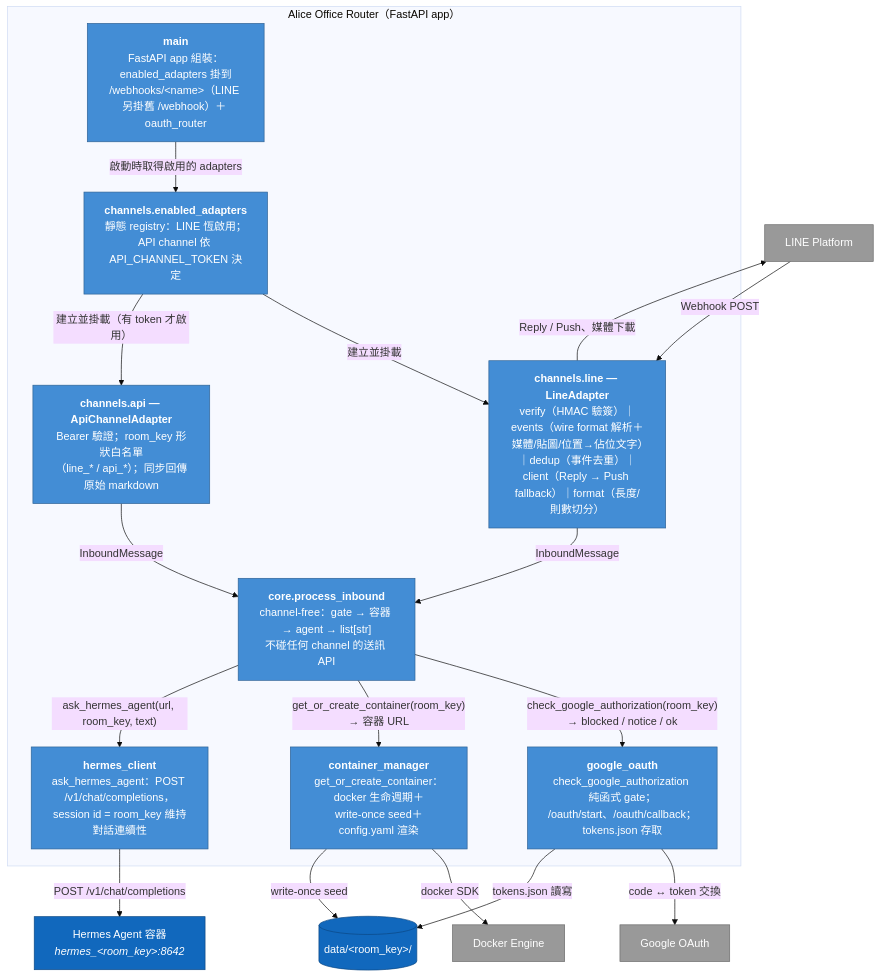
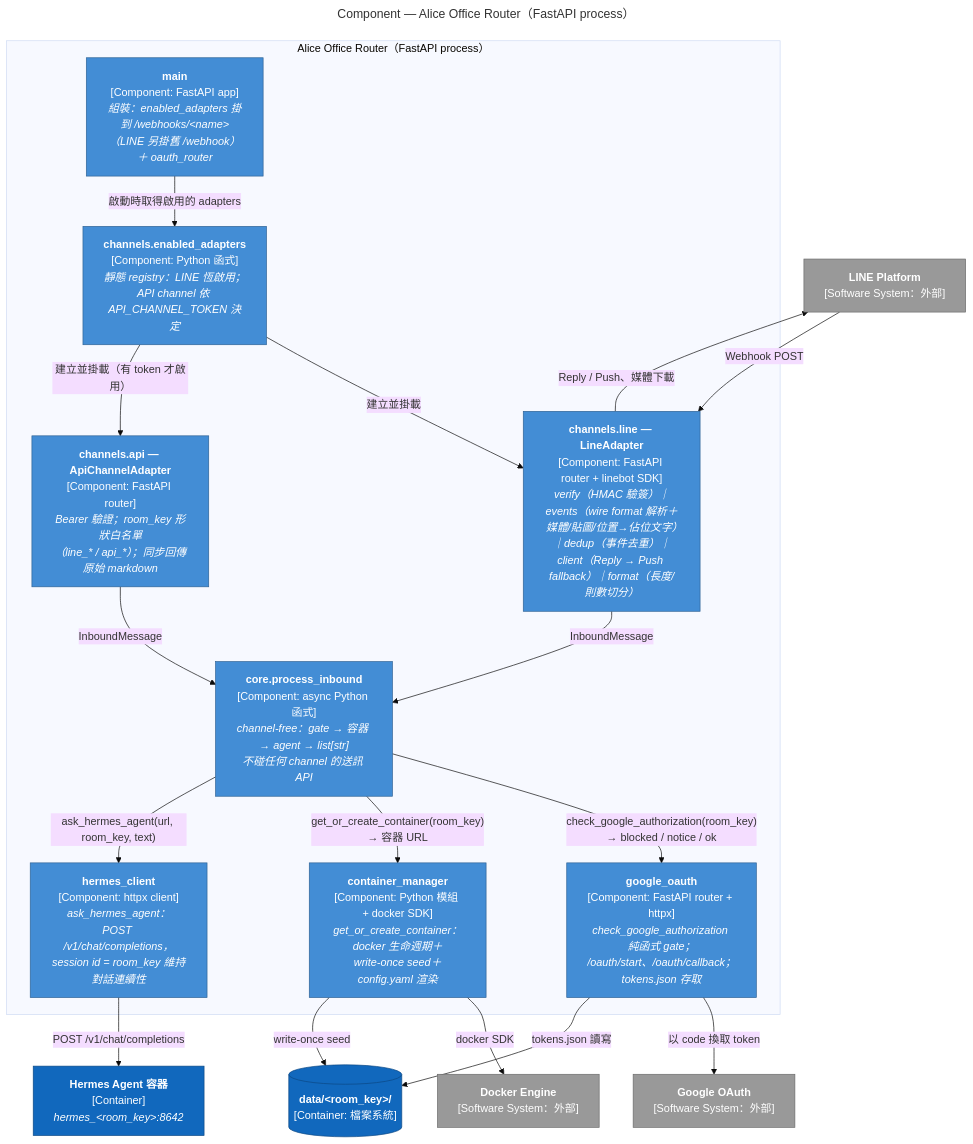
One commit to marychouchou/alice-office changed the third of 4 diagrams in docs/architecture-c4.md. Above: the diagram before and after it, drawn with Mermaid (base theme). The commit also changed other lines of this file, not shown here.

First line of the commit message:
docs: align C4 diagrams with official c4model.com definitions

````diff
--- a/docs/architecture-c4.md
+++ b/docs/architecture-c4.md
@@ -102,39 +124,42 @@
 ```mermaid
+---
+title: "Component — Alice Office Router（FastAPI process）"
+---
 flowchart TB
   classDef comp fill:#438dd5,color:#fff,stroke:#2e6295
   classDef ext fill:#999999,color:#fff,stroke:#6b6b6b
   classDef container fill:#1168bd,color:#fff,stroke:#0b4884
 
-  line["LINE Platform"]:::ext
-  google["Google OAuth"]:::ext
-  docker["Docker Engine"]:::ext
-  hermes["Hermes Agent 容器<br/><i>hermes_&lt;room_key&gt;:8642</i>"]:::container
-  roomdata[("data/&lt;room_key&gt;/")]:::container
+  line["<b>LINE Platform</b><br/>[Software System：外部]"]:::ext
+  google["<b>Google OAuth</b><br/>[Software System：外部]"]:::ext
+  docker["<b>Docker Engine</b><br/>[Software System：外部]"]:::ext
+  hermes["<b>Hermes Agent 容器</b><br/>[Container]<br/><i>hermes_&lt;room_key&gt;:8642</i>"]:::container
+  roomdata[("<b>data/&lt;room_key&gt;/</b><br/>[Container: 檔案系統]")]:::container
 
-  subgraph router["Alice Office Router（FastAPI app）"]
-    main["<b>main</b><br/>FastAPI app 組裝：enabled_adapters 掛到<br/>/webhooks/&lt;name&gt;（LINE 另掛舊 /webhook）＋ oauth_router"]:::comp
-    registry["<b>channels.enabled_adapters</b><br/>靜態 registry：LINE 恆啟用；<br/>API channel 依 API_CHANNEL_TOKEN 決定"]:::comp
-    line_adapter["<b>channels.line — LineAdapter</b><br/>verify（HMAC 驗簽）｜events（wire format 解析＋<br/>媒體/貼圖/位置→佔位文字）｜dedup（事件去重）｜<br/>client（Reply → Push fallback）｜format（長度/則數切分）"]:::comp
-    api_adapter["<b>channels.api — ApiChannelAdapter</b><br/>Bearer 驗證；room_key 形狀白名單<br/>（line_* / api_*）；同步回傳原始 markdown"]:::comp
-    core["<b>core.process_inbound</b><br/>channel-free：gate → 容器 → agent → list[str]<br/>不碰任何 channel 的送訊 API"]:::comp
-    oauth["<b>google_oauth</b><br/>check_google_authorization 純函式 gate；<br/>/oauth/start、/oauth/callback；tokens.json 存取"]:::comp
-    cm["<b>container_manager</b><br/>get_or_create_container：docker 生命週期＋<br/>write-once seed＋config.yaml 渲染"]:::comp
-    hc["<b>hermes_client</b><br/>ask_hermes_agent：POST /v1/chat/completions，<br/>session id = room_key 維持對話連續性"]:::comp
+  subgraph router["Alice Office Router（FastAPI process）"]
+    main["<b>main</b><br/>[Component: FastAPI app]<br/><i>組裝：enabled_adapters 掛到 /webhooks/&lt;name&gt;<br/>（LINE 另掛舊 /webhook）＋ oauth_router</i>"]:::comp
+    registry["<b>channels.enabled_adapters</b><br/>[Component: Python 函式]<br/><i>靜態 registry：LINE 恆啟用；<br/>API channel 依 API_CHANNEL_TOKEN 決定</i>"]:::comp
+    line_adapter["<b>channels.line — LineAdapter</b><br/>[Component: FastAPI router + linebot SDK]<br/><i>verify（HMAC 驗簽）｜events（wire format 解析＋<br/>媒體/貼圖/位置→佔位文字）｜dedup（事件去重）｜<br/>client（Reply → Push fallback）｜format（長度/則數切分）</i>"]:::comp
+    api_adapter["<b>channels.api — ApiChannelAdapter</b><br/>[Component: FastAPI router]<br/><i>Bearer 驗證；room_key 形狀白名單<br/>（line_* / api_*）；同步回傳原始 markdown</i>"]:::comp
+    core["<b>core.process_inbound</b><br/>[Component: async Python 函式]<br/><i>channel-free：gate → 容器 → agent → list[str]<br/>不碰任何 channel 的送訊 API</i>"]:::comp
+    oauth["<b>google_oauth</b><br/>[Component: FastAPI router + httpx]<br/><i>check_google_authorization 純函式 gate；<br/>/oauth/start、/oauth/callback；tokens.json 存取</i>"]:::comp
+    cm["<b>container_manager</b><br/>[Component: Python 模組 + docker SDK]<br/><i>get_or_create_container：docker 生命週期＋<br/>write-once seed＋config.yaml 渲染</i>"]:::comp
+    hc["<b>hermes_client</b><br/>[Component: httpx client]<br/><i>ask_hermes_agent：POST /v1/chat/completions，<br/>session id = room_key 維持對話連續性</i>"]:::comp
   end
 
   main -- "啟動時取得啟用的 adapters" --> registry
   registry -- "建立並掛載" --> line_adapter
   registry -- "建立並掛載（有 token 才啟用）" --> api_adapter
   line -- "Webhook POST" --> line_adapter
   line_adapter -- "Reply / Push、媒體下載" --> line
   line_adapter -- "InboundMessage" --> core
   api_adapter -- "InboundMessage" --> core
   core -- "check_google_authorization(room_key)<br/>→ blocked / notice / ok" --> oauth
   core -- "get_or_create_container(room_key)<br/>→ 容器 URL" --> cm
   core -- "ask_hermes_agent(url, room_key, text)" --> hc
   cm -- "docker SDK" --> docker
   cm -- "write-once seed" --> roomdata
-  oauth -- "code ↔ token 交換" --> google
+  oauth -- "以 code 換取 token" --> google
   oauth -- "tokens.json 讀寫" --> roomdata
   hc -- "POST /v1/chat/completions" --> hermes
 ```
````
